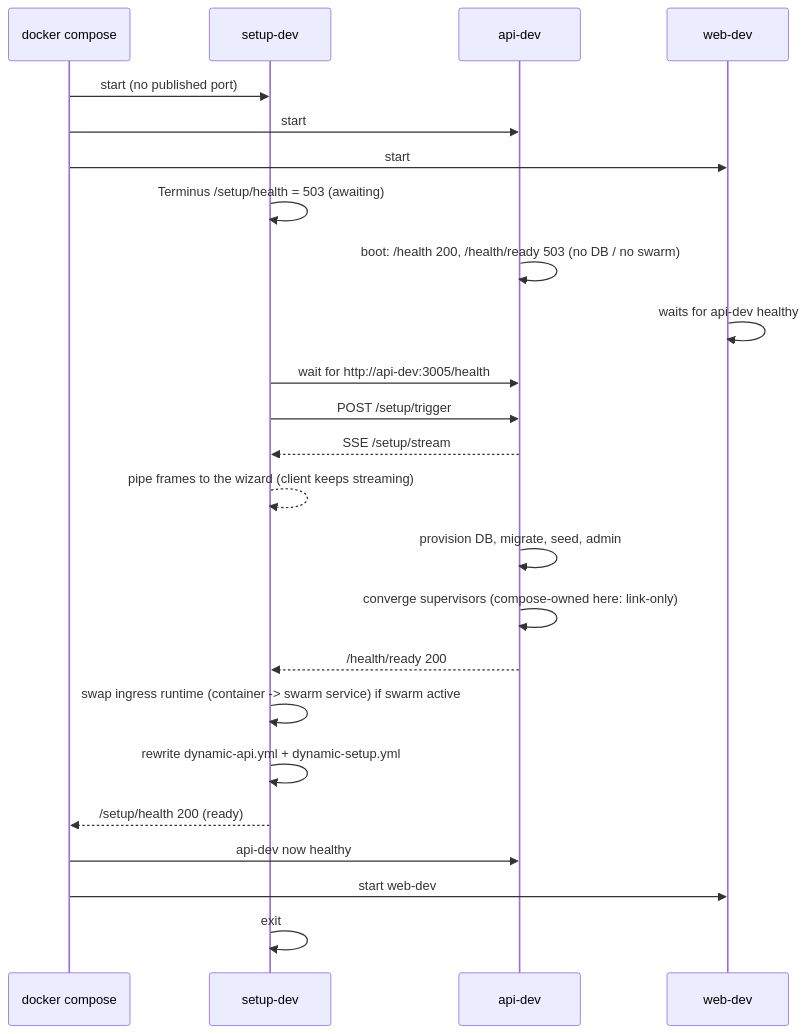
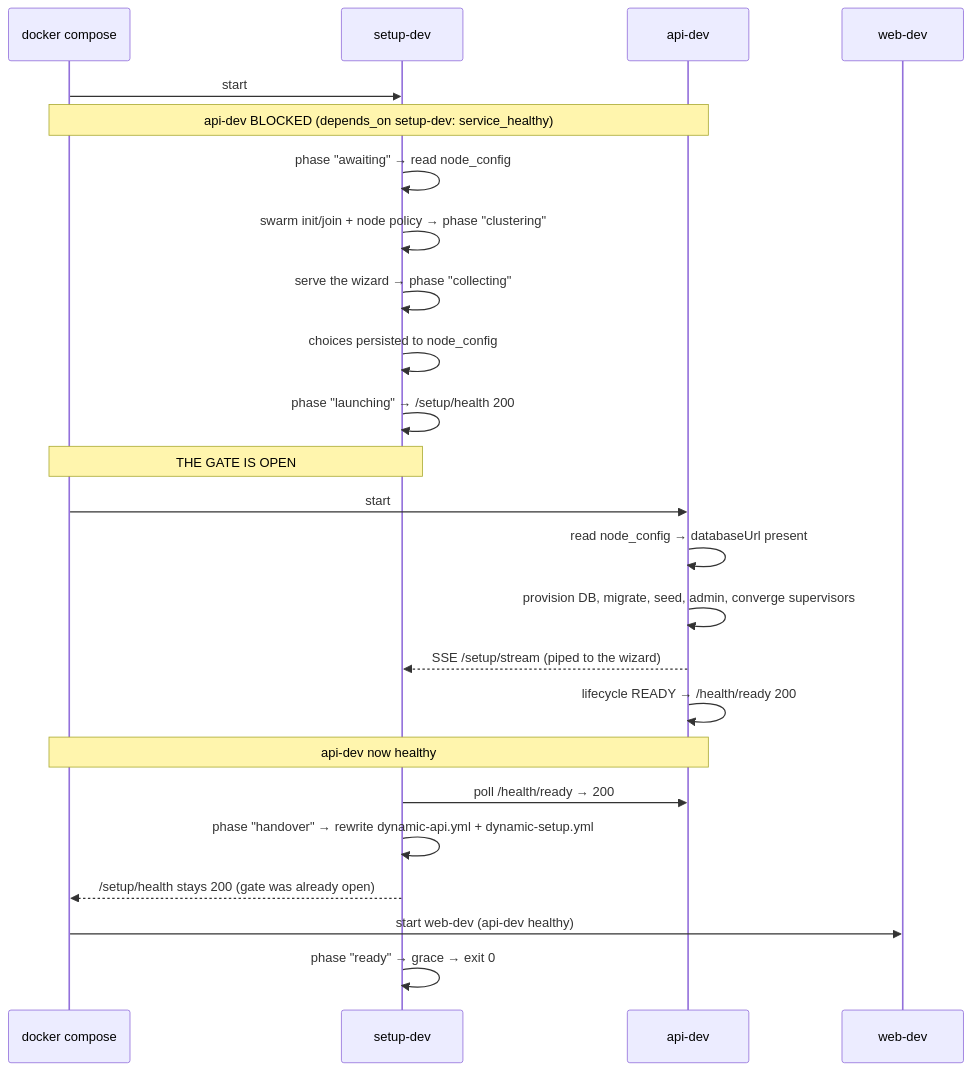
Before and after one commit to N0SAFE/deployer: the fourth of 6 diagrams in docs/setup-app-refactor-plan.md, drawn with Mermaid. The commit also changed other lines of this file and 40 other files, not shown here.

````diff
--- a/docs/setup-app-refactor-plan.md
+++ b/docs/setup-app-refactor-plan.md
@@ -1275,26 +1332,26 @@
 ```mermaid
 sequenceDiagram
   participant DC as docker compose
   participant S as setup-dev
   participant A as api-dev
   participant W as web-dev
-  DC->>S: start (no published port)
+  DC->>S: start
+  Note over DC,A: api-dev BLOCKED (depends_on setup-dev: service_healthy)
+  S->>S: phase "awaiting" → read node_config
+  S->>S: swarm init/join + node policy → phase "clustering"
+  S->>S: serve the wizard → phase "collecting"
+  S->>S: choices persisted to node_config
+  S->>S: phase "launching" → /setup/health 200
+  Note over S,DC: THE GATE IS OPEN
   DC->>A: start
-  DC->>W: start
-  S->>S: Terminus /setup/health = 503 (awaiting)
-  A->>A: boot: /health 200, /health/ready 503 (no DB / no swarm)
-  W->>W: waits for api-dev healthy
-  S->>A: wait for http://api-dev:3005/health
-  S->>A: POST /setup/trigger
-  A-->>S: SSE /setup/stream
-  S-->>S: pipe frames to the wizard (client keeps streaming)
-  A->>A: provision DB, migrate, seed, admin
-  A->>A: converge supervisors (compose-owned here: link-only)
-  A-->>S: /health/ready 200
-  S->>S: swap ingress runtime (container -> swarm service) if swarm active
-  S->>S: rewrite dynamic-api.yml + dynamic-setup.yml
-  S-->>DC: /setup/health 200 (ready)
-  DC->>A: api-dev now healthy
-  DC->>W: start web-dev
-  S->>S: exit
+  A->>A: read node_config → databaseUrl present
+  A->>A: provision DB, migrate, seed, admin, converge supervisors
+  A-->>S: SSE /setup/stream (piped to the wizard)
+  A->>A: lifecycle READY → /health/ready 200
+  Note over DC,A: api-dev now healthy
+  S->>A: poll /health/ready → 200
+  S->>S: phase "handover" → rewrite dynamic-api.yml + dynamic-setup.yml
+  S-->>DC: /setup/health stays 200 (gate was already open)
+  DC->>W: start web-dev (api-dev healthy)
+  S->>S: phase "ready" → grace → exit 0
 ```
````
